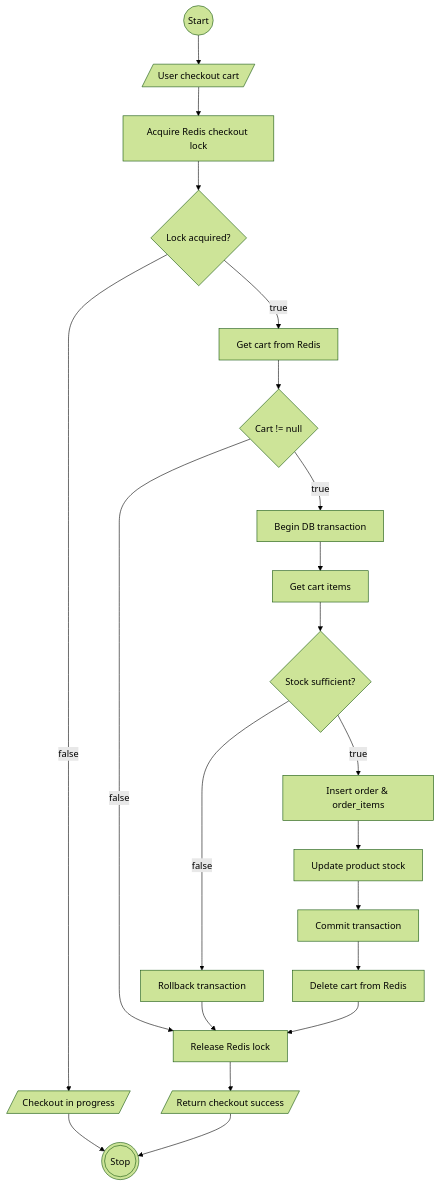
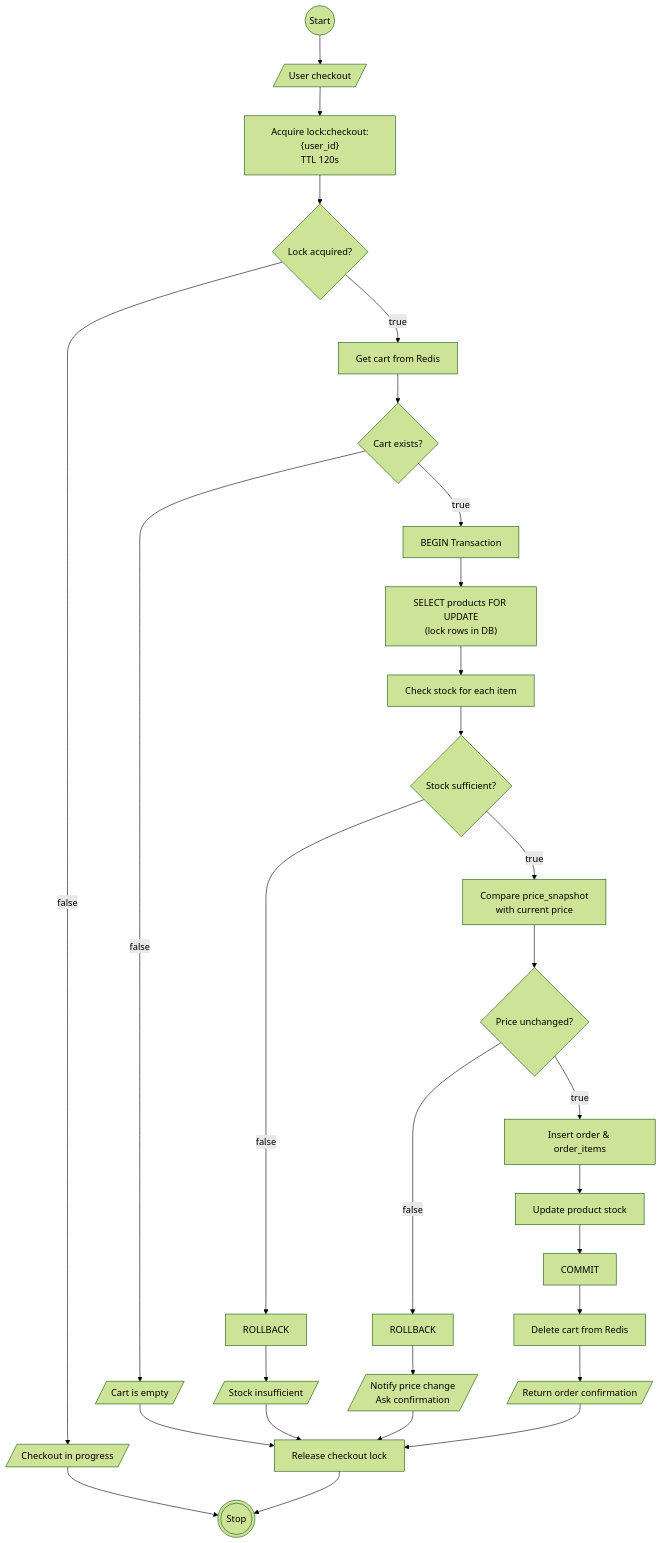
One commit to ItsnaMaulanaHasan/system-design-carts-system changed the fifth of 8 diagrams in README.md. Above: the diagram before and after it, drawn with Mermaid (forest theme). The commit also changed other lines of this file, not shown here.

Commit message:
feat: update flowchart checkout

````diff
--- a/README.md
+++ b/README.md
@@ -232,42 +234,53 @@
 ```mermaid
 flowchart TD
     Start@{ shape: circle, label: "Start" }
     Stop@{ shape: dbl-circ, label: "Stop" }
 
-    UserCheckout@{ shape: lean-r, label: "User checkout cart" }
-    AcquireLock@{ shape: rect, label: "Acquire Redis checkout lock" }
+    UserCheckout@{ shape: lean-r, label: "User checkout" }
 
-    LockCheck@{ shape: diamond, label: "Lock acquired?" }
-    ReturnLocked@{ shape: lean-r, label: "Checkout in progress" }
+    AcquireLock@{ shape: rect, label: "Acquire lock:checkout:{user_id}<br/>TTL 120s" }
+    LockOK@{ shape: diamond, label: "Lock acquired?" }
+    ErrorLock@{ shape: lean-r, label: "Checkout in progress" }
 
     GetCart@{ shape: rect, label: "Get cart from Redis" }
-    CartCheck@{ shape: diamond, label: "Cart != null" }
+    CartEmpty@{ shape: diamond, label: "Cart exists?" }
+    ErrorEmpty@{ shape: lean-r, label: "Cart is empty" }
 
-    BeginTX@{ shape: rect, label: "Begin DB transaction" }
-    GetItems@{ shape: rect, label: "Get cart items" }
+    BeginTX@{ shape: rect, label: "BEGIN Transaction" }
+    LockProducts@{ shape: rect, label: "SELECT products FOR UPDATE<br/>(lock rows in DB)" }
 
-    StockCheck@{ shape: diamond, label: "Stock sufficient?" }
+    ValidateStock@{ shape: rect, label: "Check stock for each item" }
+    StockOK@{ shape: diamond, label: "Stock sufficient?" }
 
-    Rollback@{ shape: rect, label: "Rollback transaction" }
-    InsertOrder@{ shape: rect, label: "Insert order & order_items" }
+    ValidatePrice@{ shape: rect, label: "Compare price_snapshot<br/>with current price" }
+    PriceOK@{ shape: diamond, label: "Price unchanged?" }
+
+    NotifyPrice@{ shape: lean-r, label: "Notify price change<br/>Ask confirmation" }
+
+    CreateOrder@{ shape: rect, label: "Insert order & order_items" }
     UpdateStock@{ shape: rect, label: "Update product stock" }
-    Commit@{ shape: rect, label: "Commit transaction" }
+    Commit@{ shape: rect, label: "COMMIT" }
+
+    Rollback1@{ shape: rect, label: "ROLLBACK" }
+    Rollback2@{ shape: rect, label: "ROLLBACK" }
 
     DeleteCart@{ shape: rect, label: "Delete cart from Redis" }
-    ReleaseLock@{ shape: rect, label: "Release Redis lock" }
+    ReleaseLock@{ shape: rect, label: "Release checkout lock" }
 
-    ReturnSuccess@{ shape: lean-r, label: "Return checkout success" }
+    Success@{ shape: lean-r, label: "Return order confirmation" }
+    ErrorStock@{ shape: lean-r, label: "Stock insufficient" }
 
-    Start --> UserCheckout --> AcquireLock --> LockCheck
+    Start --> UserCheckout --> AcquireLock --> LockOK
 
-    LockCheck -- false --> ReturnLocked --> Stop
-    LockCheck -- true --> GetCart --> CartCheck
+    LockOK -- false --> ErrorLock --> Stop
+    LockOK -- true --> GetCart --> CartEmpty
 
-    CartCheck -- false --> ReleaseLock
+    CartEmpty -- false --> ErrorEmpty --> ReleaseLock
+    CartEmpty -- true --> BeginTX --> LockProducts --> ValidateStock --> StockOK
 
-    CartCheck -- true --> BeginTX --> GetItems --> StockCheck
+    StockOK -- false --> Rollback1 --> ErrorStock --> ReleaseLock
+    StockOK -- true --> ValidatePrice --> PriceOK
 
-    StockCheck -- false --> Rollback --> ReleaseLock
-    StockCheck -- true --> InsertOrder --> UpdateStock --> Commit --> DeleteCart --> ReleaseLock --> ReturnSuccess --> Stop
-
+    PriceOK -- false --> Rollback2 --> NotifyPrice --> ReleaseLock
+    PriceOK -- true --> CreateOrder --> UpdateStock --> Commit --> DeleteCart --> Success --> ReleaseLock --> Stop
 ```
````
